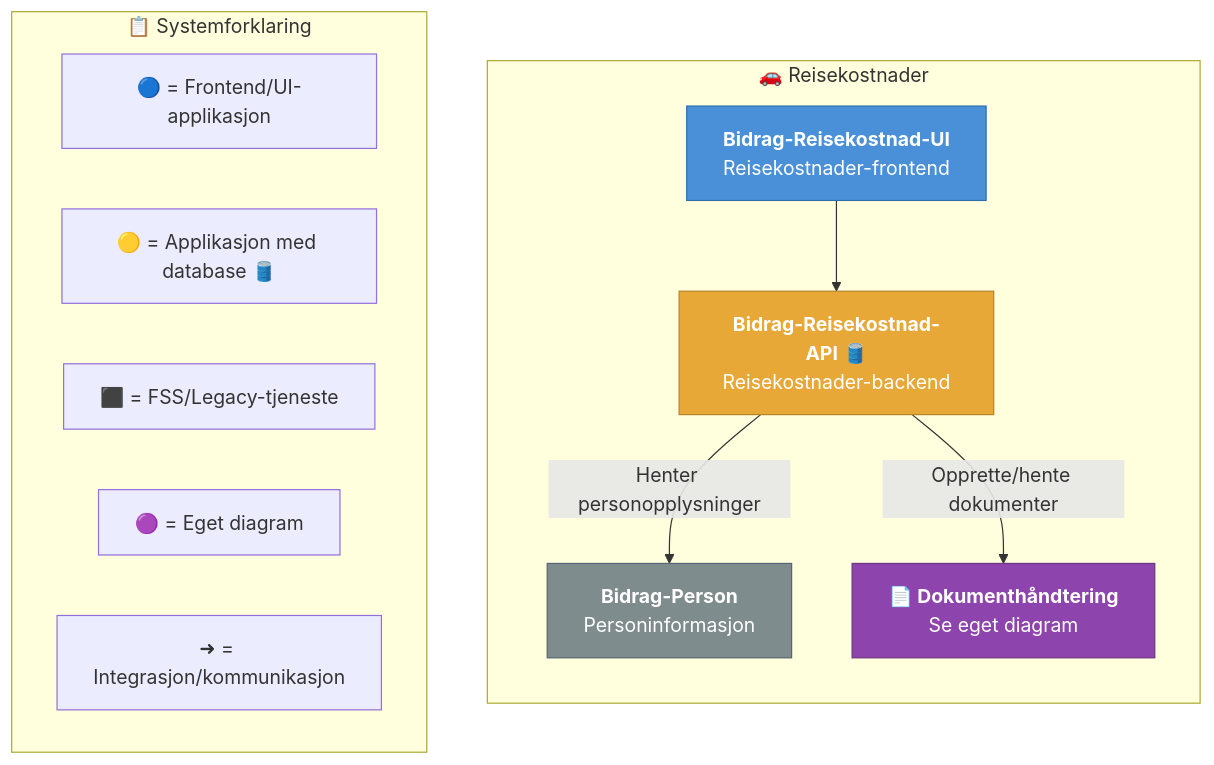
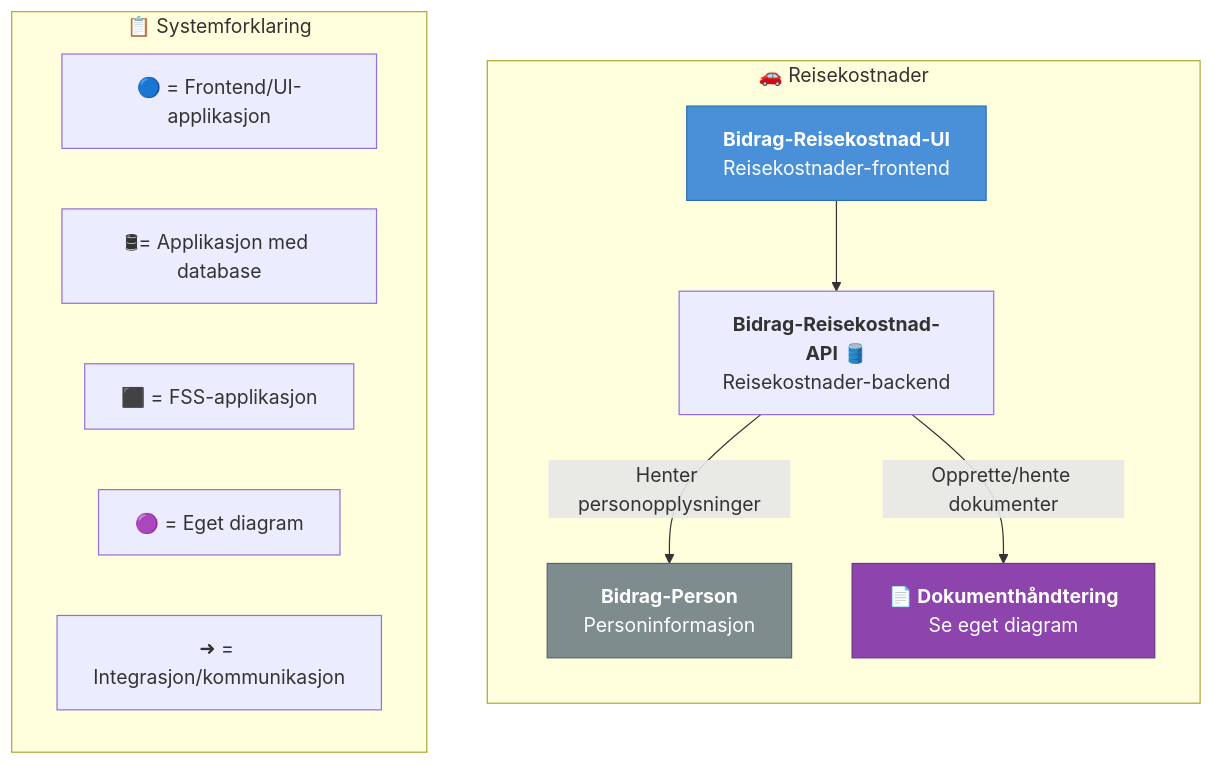
One commit to navikt/bidrag-dokumentasjon changed the diagram in dokumentasjon/systemdokumentasjon/reisekostnader.mermaid. Above: the diagram before and after it, drawn with Mermaid. The commit also changed 5 other files, not shown here.

```diff
--- a/dokumentasjon/systemdokumentasjon/reisekostnader.mermaid
+++ b/dokumentasjon/systemdokumentasjon/reisekostnader.mermaid
@@ -1,44 +1,42 @@
 ---
 config:
   layout: dagre
 ---
 graph TB
 
     classDef frontend fill:#4A90D9,color:#fff,stroke:#2c6fad
     classDef legacyFSS fill:#7F8C8D,color:#fff,stroke:#566573
-    classDef withDb fill:#E8A838,color:#fff,stroke:#b5852a
     classDef docSystem fill:#8E44AD,color:#fff,stroke:#6c3483
 
     subgraph Reisekostnader["🚗 Reisekostnader"]
         direction TB
         BidragReisekostnadApi["<b>Bidrag-Reisekostnad-API</b> 🛢️<br/>Reisekostnader-backend"]
         BidragReisekostnadUi["<b>Bidrag-Reisekostnad-UI</b><br/>Reisekostnader-frontend"]
 
         BidragPerson["<b>Bidrag-Person</b><br/>Personinformasjon"]
         DokumentHandtering["<b>📄 Dokumenthåndtering</b><br/>Se eget diagram"]
     end
 
     BidragReisekostnadUi --> BidragReisekostnadApi
 
 
     BidragReisekostnadApi -->|Henter personopplysninger| BidragPerson
     BidragReisekostnadApi -->| Opprette/hente dokumenter | DokumentHandtering
 
     %% Color assignments
     class BidragReisekostnadUi frontend
-    class BidragReisekostnadApi withDb
     class BidragPerson legacyFSS
     class DokumentHandtering docSystem
 
     click BidragReisekostnadApi visApplikasjon "Åpne applikasjonsbeskrivelse"
     click BidragReisekostnadUi visApplikasjon "Åpne applikasjonsbeskrivelse"
     click BidragPerson visApplikasjon "Åpne applikasjonsbeskrivelse"
     click DokumentHandtering visDiagram "Åpne dokumenthåndteringsdiagram"
 
     subgraph Legend["📋 Systemforklaring"]
         LegendFrontend["🔵 = Frontend/UI-applikasjon"]
-        LegendDb["🟡 = Applikasjon med database 🛢️"]
-        LegendFSS["⬛ = FSS/Legacy-tjeneste"]
+        LegendDb["🛢= Applikasjon med database"]
+        LegendFSS["⬛ = FSS-applikasjon"]
         LegendDoc["🟣 = Eget diagram"]
         LegendArrows["➜ = Integrasjon/kommunikasjon"]
     end
```
